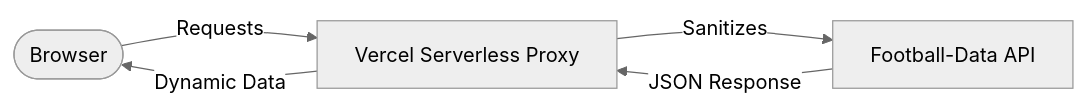
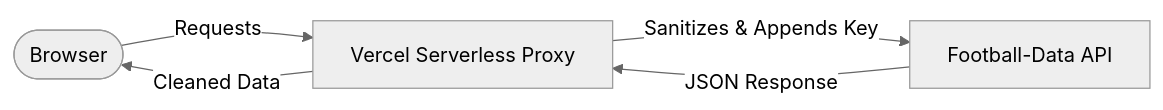
One commit to RomeoCavazza/dashboard changed the diagram in README.md. Above: the diagram before and after it, drawn with Mermaid (neutral theme). The commit also changed other lines of this file, not shown here.

````diff
--- a/README.md
+++ b/README.md
@@ -168,7 +210,7 @@
 ```mermaid
 graph LR
     U([Browser]) -- Requests --> P[Vercel Serverless Proxy]
-    P -- Sanitizes --> A[Football-Data API]
+    P -- Sanitizes & Appends Key --> A[Football-Data API]
     A -- JSON Response --> P
-    P -- Dynamic Data --> U
+    P -- Cleaned Data --> U
 ```
````
